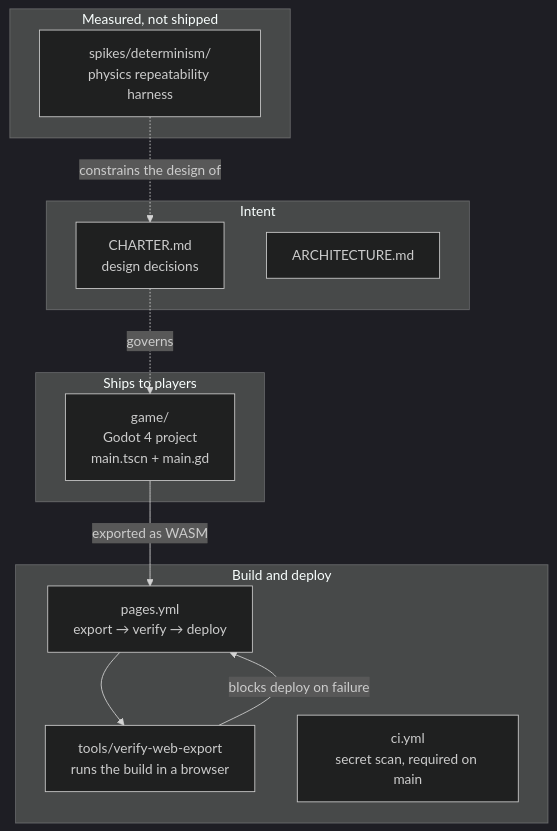
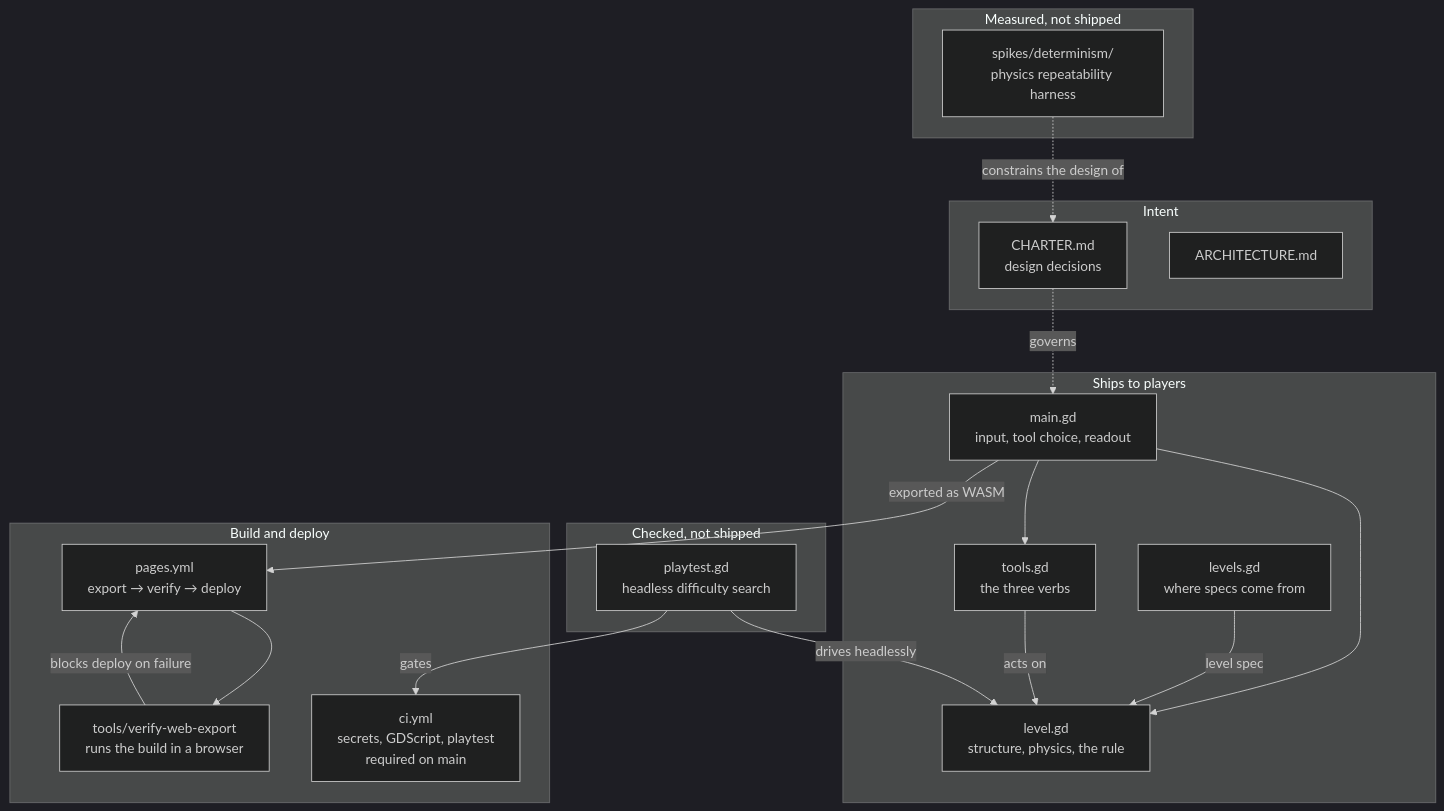
One commit to CoderCoop/CrumplZone changed the first of 3 diagrams in ARCHITECTURE.md. Above: the diagram before and after it, drawn with Mermaid (dark theme). The commit also changed other lines of this file and 13 other files, not shown here.

First line of the commit message:
feat: three tools, and a level that needs more than one move (#9)

````diff
--- a/ARCHITECTURE.md
+++ b/ARCHITECTURE.md
@@ -11,27 +12,40 @@
 ```mermaid
 graph TD
     subgraph ships["Ships to players"]
-        game["game/<br/>Godot 4 project<br/>main.tscn + main.gd"]
+        main["main.gd<br/>input, tool choice, readout"]
+        level["level.gd<br/>structure, physics, the rule"]
+        tools["tools.gd<br/>the three verbs"]
+        levels["levels.gd<br/>where specs come from"]
+    end
+
+    subgraph checks["Checked, not shipped"]
+        playtest["playtest.gd<br/>headless difficulty search"]
     end
 
     subgraph build["Build and deploy"]
         pages["pages.yml<br/>export → verify → deploy"]
         verify["tools/verify-web-export<br/>runs the build in a browser"]
-        ci["ci.yml<br/>secret scan, required on main"]
+        ci["ci.yml<br/>secrets, GDScript, playtest<br/>required on main"]
     end
 
     subgraph knowledge["Measured, not shipped"]
         spike["spikes/determinism/<br/>physics repeatability harness"]
     end
 
     subgraph docs["Intent"]
         charter["CHARTER.md<br/>design decisions"]
         arch["ARCHITECTURE.md"]
     end
 
-    game -->|exported as WASM| pages
+    main --> level
+    main --> tools
+    levels -->|level spec| level
+    tools -->|acts on| level
+    playtest -->|drives headlessly| level
+    playtest -->|gates| ci
+    main -->|exported as WASM| pages
     pages --> verify
     verify -->|blocks deploy on failure| pages
     spike -.->|constrains the design of| charter
-    charter -.->|governs| game
+    charter -.->|governs| main
 ```
````
